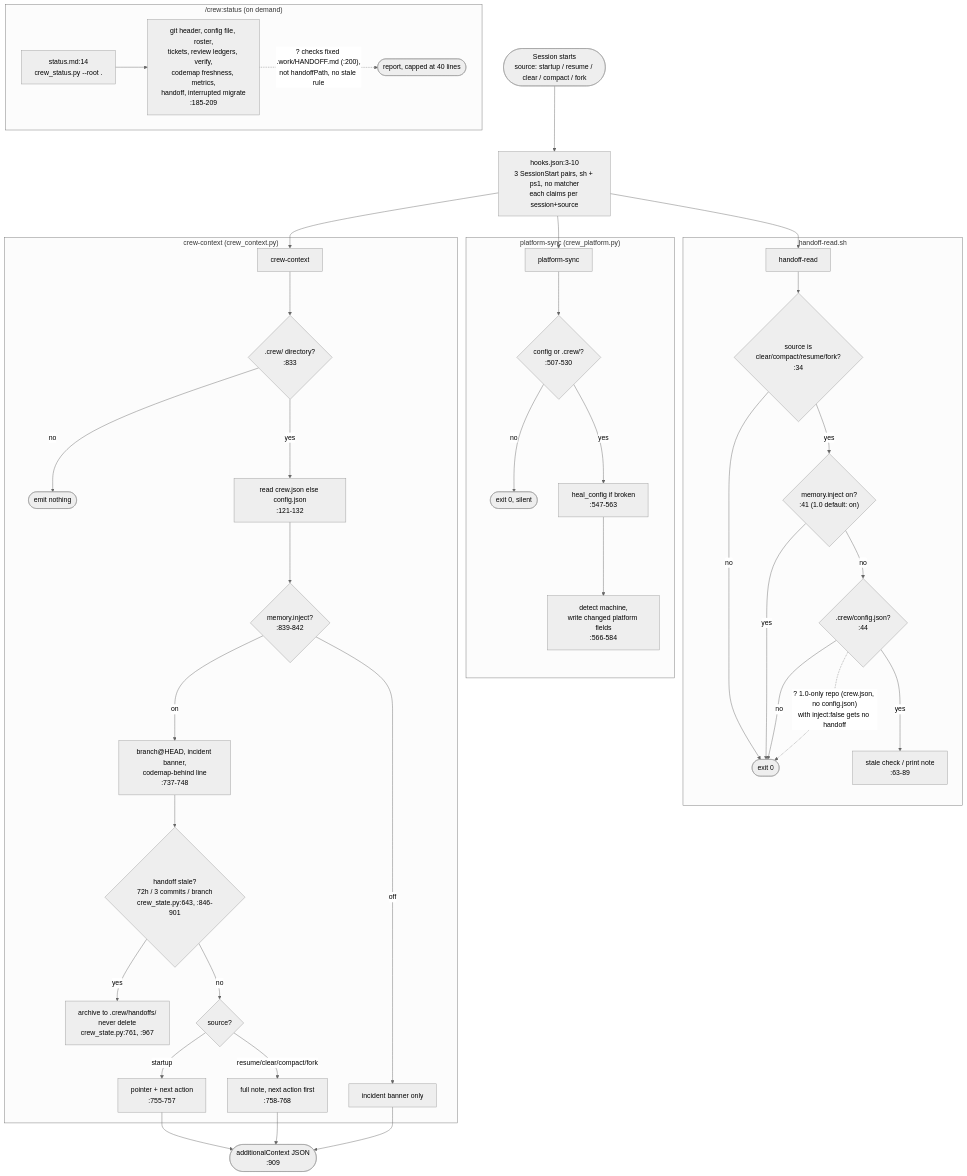
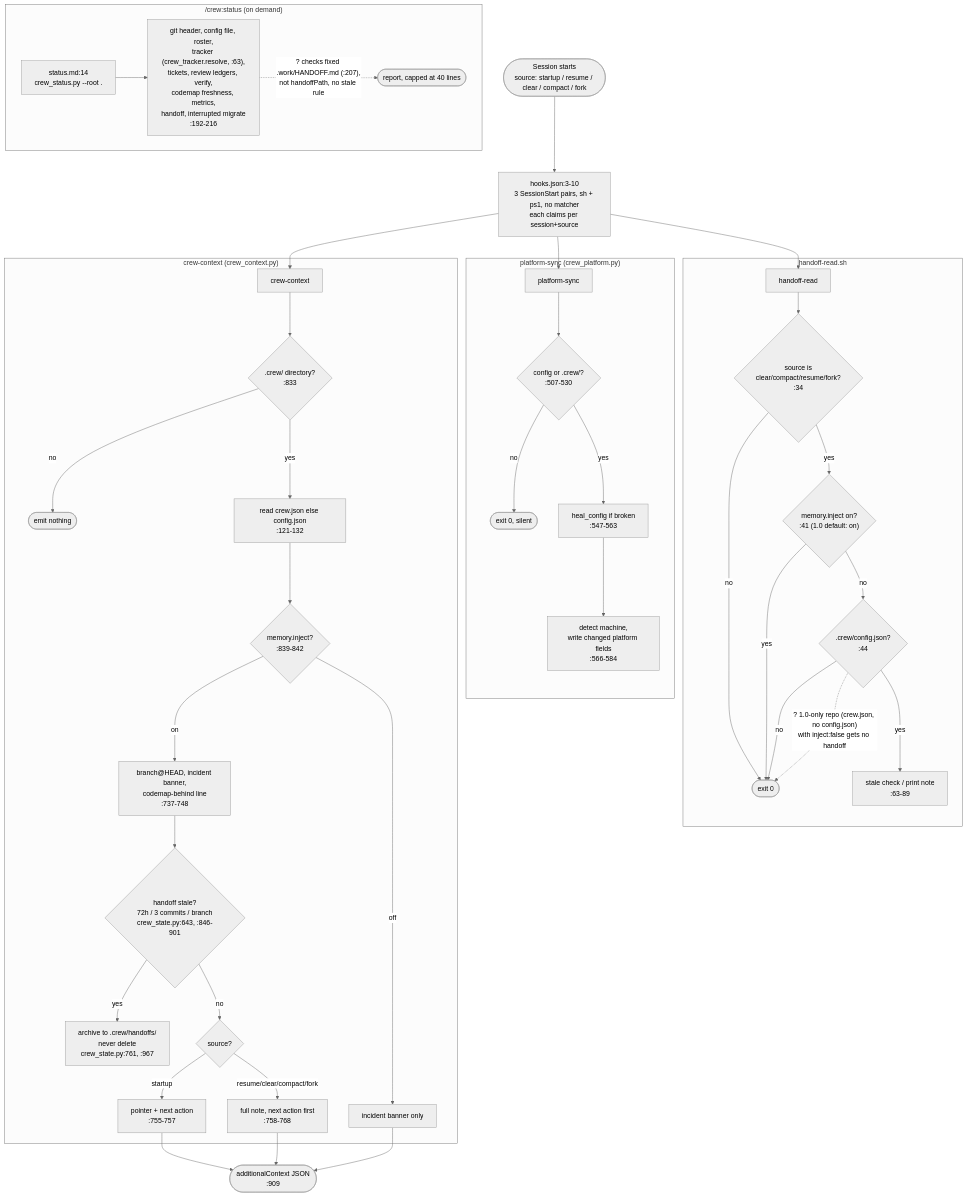
Before and after one commit to mbadali25/useful-claude-add-ons: the diagram in docs/diagrams/process-crew-brief.mmd, drawn with Mermaid (neutral theme). The commit also changed 15 other files, not shown here.

```diff
--- a/docs/diagrams/process-crew-brief.mmd
+++ b/docs/diagrams/process-crew-brief.mmd
@@ -1,91 +1,97 @@
-%% Generated from useful-claude-add-ons@f2bb919b on 2026-09-25. Verify before trusting.
-%% Anchors: plugin/crew/hooks/hooks.json, plugin/crew/hooks/scripts/handoff-read.sh, plugin/crew/hooks/scripts/platform-sync.sh, plugin/crew/hooks/scripts/crew_platform.py, plugin/crew/hooks/scripts/crew-context.sh, plugin/crew/hooks/scripts/crew_context.py, plugin/crew/hooks/scripts/crew_state.py, plugin/crew/hooks/scripts/crew_status.py, plugin/crew/commands/status.md
+%% Generated from useful-claude-add-ons@7b667587 on 2026-09-26. Verify before trusting.
+%% Anchors: plugin/crew/hooks/hooks.json, plugin/crew/hooks/scripts/handoff-read.sh, plugin/crew/hooks/scripts/platform-sync.sh, plugin/crew/hooks/scripts/crew_platform.py, plugin/crew/hooks/scripts/crew-context.sh, plugin/crew/hooks/scripts/crew_context.py, plugin/crew/hooks/scripts/crew_state.py, plugin/crew/hooks/scripts/crew_status.py, plugin/crew/commands/status.md, plugin/crew/hooks/scripts/crew_tracker.py
 %% Re-anchored 86931b29 -> f2bb919b (T-0015): `git diff --name-only 86931b29 f2bb919b --`
 %% over every path on the Anchors line returns nothing, so no citation below moved. Spot
 %% re-read at f2bb919b (repo-relative): plugin/crew/hooks/hooks.json:3-10,
 %% plugin/crew/hooks/scripts/handoff-read.sh:34 :41 :42 :44,
 %% plugin/crew/hooks/scripts/crew_context.py:121-123 :833 :839 :909,
-%% plugin/crew/hooks/scripts/crew_state.py:643, plugin/crew/hooks/scripts/crew_status.py:200,
+%% plugin/crew/hooks/scripts/crew_state.py:643, plugin/crew/hooks/scripts/crew_status.py:207,
 %% plugin/crew/commands/status.md:14, plugin/crew/hooks/scripts/crew_platform.py:229 :507 :537.
+%% Re-anchored f2bb919b -> 7b667587 (T-0021): of the Anchors paths crew_state.py and
+%% crew_status.py changed. crew_state.py's cited lines (:643, :761, :846-901, :941-945,
+%% :967) did not move (`git diff -U0`, re-read). crew_status.py moved: the HANDOFF
+%% check :200 -> :207, the report lines :185-209 -> :192-216; its tracker line now comes
+%% from crew_tracker.resolve (crew_status.py:63), which reads crew.json AND config.json
+%% and prints `could not tell` when they disagree.
 %% The body below keeps the drawing's own shorthand (basename:line); the Anchors line
 %% names each basename's full path.
 %% Drawn in the diagrams-crew-1.0 worktree, uncommitted there; committed on T-0015-refresh.
 %% What crew 1.0 does when a session starts, and what /crew:status reads.
 %% --
 %% REDRAWN for crew 1.0. The 0.20 version of this file drew the PM session-start
 %% brief (pm-brief.sh / pm_brief.py), both removed in 1.0 - the diagram described
 %% a flow that no longer exists. Every box below was re-read at 86931b29.
 %% --
 %% Registration: plugin/crew/hooks/hooks.json:3-10 - three SessionStart pairs
 %% (sh + ps1), NO matcher key, so all six fire on every source; each script
 %% filters on payload.source itself and claims per session+source so only one
 %% flavour does the work.
 %% handoff-read.sh:34 exits unless source is clear|compact|resume|fork;
 %%   :41 exits silently when memory.inject is on (the 1.0 default) - crew-context
 %%   delivers the handoff instead; :42 claim; :44 needs .crew/config.json.
 %% crew_platform.py:507-530 silent without a config or .crew/; :537 claim;
 %%   :547-563 heal_config (refuses without .crew/, :229); :566-584 writes
 %%   changed platform fields, prints only on change.
 %% crew_context.py:833 no .crew/ directory -> emits nothing; :121-132 reads
 %%   crew.json else config.json; :839-842 inject:false -> incident banner only;
 %%   :737-748 branch@HEAD, incident banner, codemap-behind line; :749 stale
 %%   archive; :755-757 startup -> pointer + next action; :758-768 other sources
 %%   -> full note, next action first; :909 JSON additionalContext.
 %% Stale rule: crew_state.py:643 (72h / 3 commits), :846-901, archived to
 %%   .crew/handoffs/ (:761, :967), never deleted; never raises (:941-945).
-%% /crew:status: commands/status.md:14 -> crew_status.py; :185-209 report lines.
+%% /crew:status: commands/status.md:14 -> crew_status.py; :192-216 report lines.
 %% --
 %% Dashed '?' edges: handoff-read reads only config.json (:44), never crew.json,
 %% so a 1.0-only repo with inject:false gets no handoff from either hook -
 %% traced in the sh flavour only; the ps1 body was not read past :241.
-%% /crew:status checks the fixed path .work/HANDOFF.md (crew_status.py:200),
+%% /crew:status checks the fixed path .work/HANDOFF.md (crew_status.py:207),
 %% not context.handoffPath, and does not apply the stale rule.
 flowchart TB
     start([Session starts<br/>source: startup / resume / clear / compact / fork])
     start --> reg["hooks.json:3-10<br/>3 SessionStart pairs, sh + ps1, no matcher<br/>each claims per session+source"]
 
     reg --> HR[handoff-read]
     reg --> PS[platform-sync]
     reg --> CC[crew-context]
 
     subgraph handoffRead["handoff-read.sh"]
         HR --> hr1{"source is<br/>clear/compact/resume/fork?<br/>:34"}
         hr1 -- no --> hrx([exit 0])
         hr1 -- yes --> hr2{"memory.inject on?<br/>:41 (1.0 default: on)"}
         hr2 -- yes --> hrx
         hr2 -- no --> hr3{".crew/config.json?<br/>:44"}
         hr3 -- no --> hrx
         hr3 -- yes --> hr4[stale check / print note<br/>:63-89]
     end
 
     subgraph platformSync["platform-sync (crew_platform.py)"]
         PS --> ps1{"config or .crew/?<br/>:507-530"}
         ps1 -- no --> psx([exit 0, silent])
         ps1 -- yes --> ps2["heal_config if broken<br/>:547-563"]
         ps2 --> ps3["detect machine,<br/>write changed platform fields<br/>:566-584"]
     end
 
     subgraph crewContext["crew-context (crew_context.py)"]
         CC --> cc1{".crew/ directory?<br/>:833"}
         cc1 -- no --> ccx([emit nothing])
         cc1 -- yes --> cc2["read crew.json else config.json<br/>:121-132"]
         cc2 --> cc3{"memory.inject?<br/>:839-842"}
         cc3 -- off --> cc4[incident banner only]
         cc3 -- on --> cc5["branch@HEAD, incident banner,<br/>codemap-behind line<br/>:737-748"]
         cc5 --> stale{"handoff stale?<br/>72h / 3 commits / branch<br/>crew_state.py:643, :846-901"}
         stale -- yes --> arch["archive to .crew/handoffs/<br/>never delete<br/>crew_state.py:761, :967"]
         stale -- no --> src{"source?"}
         src -- startup --> ptr["pointer + next action<br/>:755-757"]
         src -- "resume/clear/compact/fork" --> full["full note, next action first<br/>:758-768"]
     end
 
     ptr --> out(["additionalContext JSON<br/>:909"])
     full --> out
     cc4 --> out
 
     hr3 -. "? 1.0-only repo (crew.json, no config.json)<br/>with inject:false gets no handoff" .-> hrx
 
     subgraph status["/crew:status (on demand)"]
-        st1["status.md:14<br/>crew_status.py --root ."] --> st2["git header, config file, roster,<br/>tickets, review ledgers, verify,<br/>codemap freshness, metrics,<br/>handoff, interrupted migrate<br/>:185-209"]
-        st2 -. "? checks fixed .work/HANDOFF.md (:200),<br/>not handoffPath, no stale rule" .-> st3([report, capped at 40 lines])
+        st1["status.md:14<br/>crew_status.py --root ."] --> st2["git header, config file, roster,<br/>tracker (crew_tracker.resolve, :63),<br/>tickets, review ledgers, verify,<br/>codemap freshness, metrics,<br/>handoff, interrupted migrate<br/>:192-216"]
+        st2 -. "? checks fixed .work/HANDOFF.md (:207),<br/>not handoffPath, no stale rule" .-> st3([report, capped at 40 lines])
     end
```
